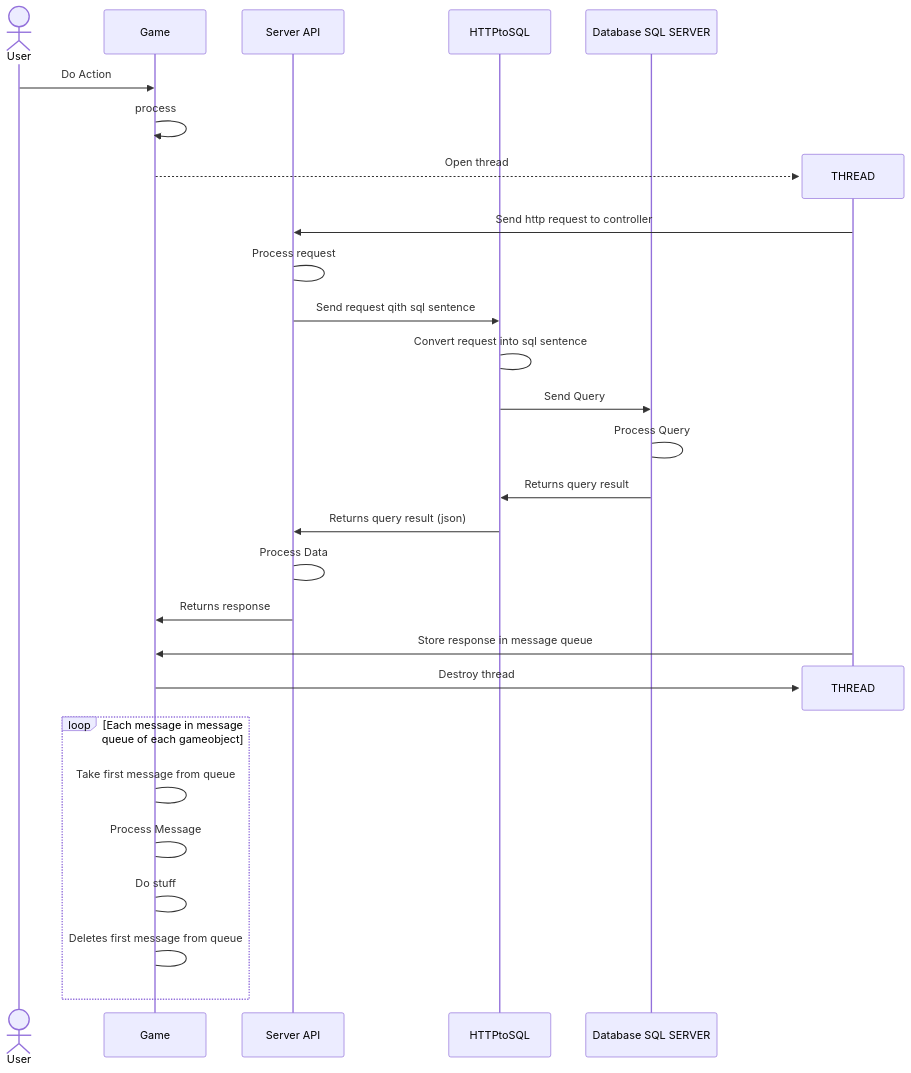
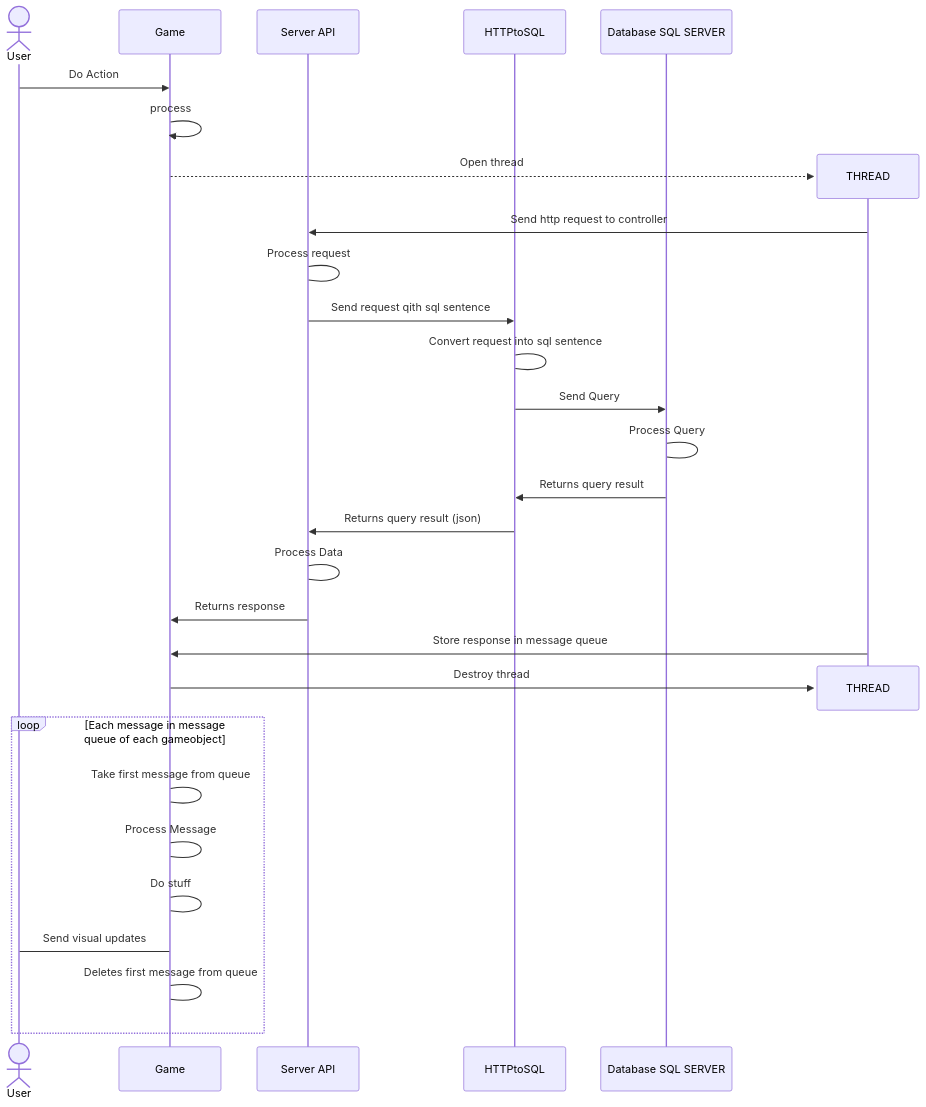
Before and after one commit to dchaves80/Automata: the diagram in GeneralDataflow.mmd, drawn with Mermaid.

```diff
--- a/GeneralDataflow.mmd
+++ b/GeneralDataflow.mmd
@@ -1,34 +1,35 @@
 sequenceDiagram
   actor user as User
   participant client as Game
   participant server as Server API
   participant httpsql as HTTPtoSQL
   participant database as Database SQL SERVER
 %% 1
   user->>client: Do Action
   client->>client: process
 %% 1
   create participant thread as THREAD
   client-->>thread:Open thread
   thread->>server:Send http request to controller
   server->server:Process request
   server->>httpsql:Send request qith sql sentence
   httpsql->httpsql:Convert request into sql sentence
   httpsql->>database:Send Query
   database->database:Process Query
 %% 3
   database->>httpsql:Returns query result
   httpsql->>server:Returns query result (json)
   server->server:Process Data
   server->>client:Returns response
   thread->>client:Store response in message queue
   destroy thread
   client->>thread:Destroy thread
   
 %% 4
   loop Each message in message queue of each gameobject
     client->client:Take first message from queue
     client->client:Process Message
     client->client:Do stuff
+    client->user:Send visual updates
     client->client:Deletes first message from queue
   end
```
